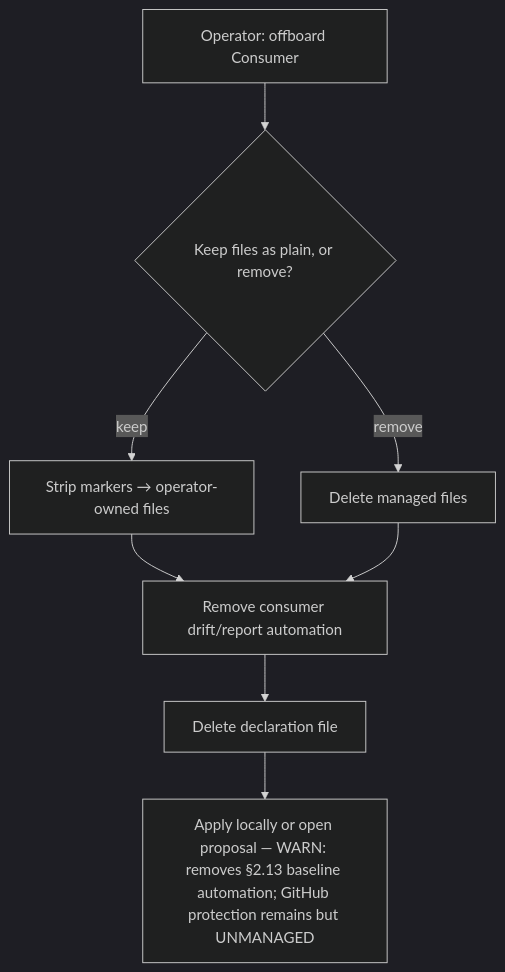
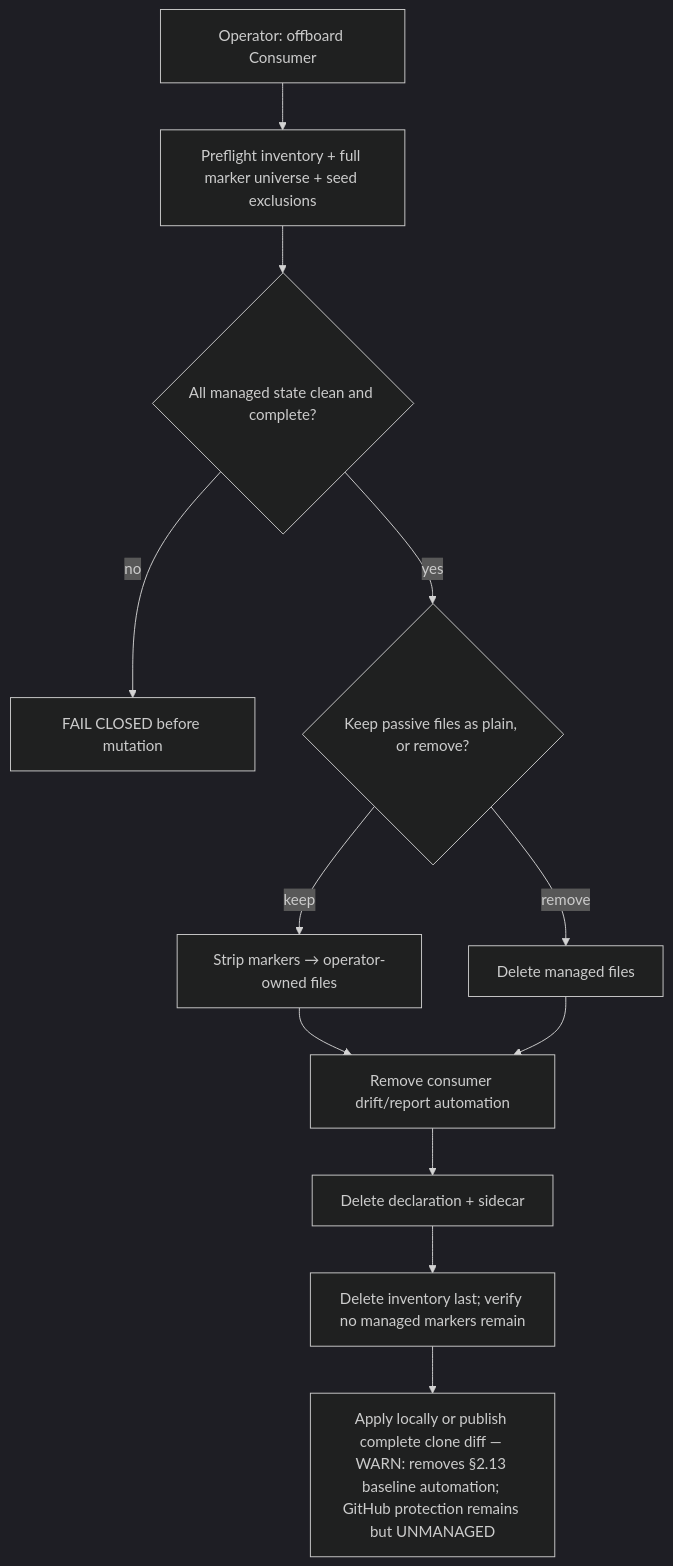
One commit to amattas/aviato changed the diagram in docs/specifications/modules/offboarding/flow.md. Above: the diagram before and after it, drawn with Mermaid (dark theme). The commit also changed other lines of this file and 27 other files, not shown here.

````diff
--- a/docs/specifications/modules/offboarding/flow.md
+++ b/docs/specifications/modules/offboarding/flow.md
@@ -22,10 +40,14 @@
 ```mermaid
 flowchart TD
-    A["Operator: offboard Consumer"] --> B{"Keep files as plain, or remove?"}
-    B -- keep --> C["Strip markers → operator-owned files"]
-    B -- remove --> D["Delete managed files"]
+    A["Operator: offboard Consumer"] --> P["Preflight inventory + full marker universe + seed exclusions"]
+    P --> B{"All managed state clean and complete?"}
+    B -- no --> X["FAIL CLOSED before mutation"]
+    B -- yes --> K{"Keep passive files as plain, or remove?"}
+    K -- keep --> C["Strip markers → operator-owned files"]
+    K -- remove --> D["Delete managed files"]
     C --> E["Remove consumer drift/report automation"]
     D --> E
-    E --> F["Delete declaration file"]
-    F --> G["Apply locally or open proposal — WARN: removes §2.13 baseline automation; GitHub protection remains but UNMANAGED"]
+    E --> F["Delete declaration + sidecar"]
+    F --> I["Delete inventory last; verify no managed markers remain"]
+    I --> G["Apply locally or publish complete clone diff — WARN: removes §2.13 baseline automation; GitHub protection remains but UNMANAGED"]
 ```
````
